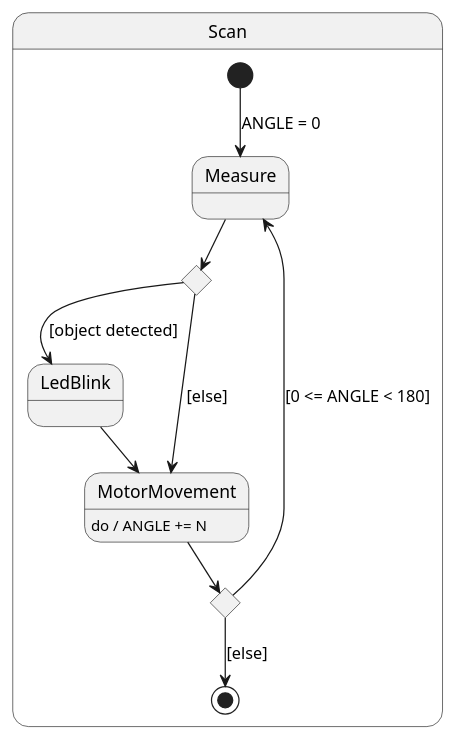
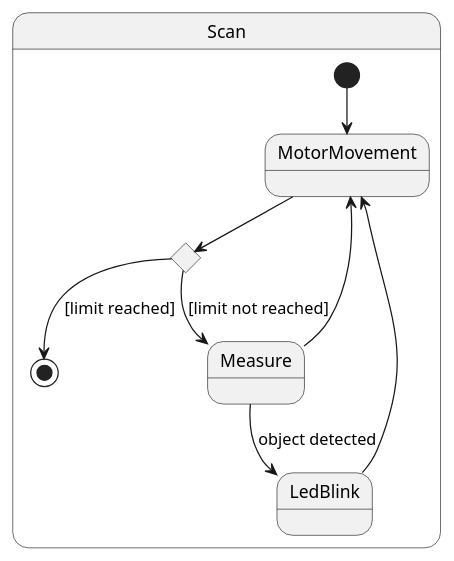
The diagram in docs/uml/states-scan.puml (mattiamari/unibo-smartradar), drawn with PlantUML before and after one commit. The commit also changed 9 other files, not shown here.

```diff
--- a/docs/uml/states-scan.puml
+++ b/docs/uml/states-scan.puml
@@ -1,23 +1,18 @@
 @startuml scanner
 
 state Scan {
-    [*] --> Measure : ANGLE = 0
+    [*] --> MotorMovement
+    
+    state CurrentAngle <<choice>>
+    MotorMovement --> CurrentAngle
 
-    state ObjectDetected <<choice>>
-    state CurrentAngle <<choice>>
+    CurrentAngle --> Measure : [limit not reached]
+    CurrentAngle --> [*] : [limit reached]
 
-    Measure --> ObjectDetected
+    Measure --> LedBlink : object detected
+    Measure --> MotorMovement
 
-    ObjectDetected --> LedBlink : [object detected]
     LedBlink --> MotorMovement
-
-    ObjectDetected --> MotorMovement : [else]
-
-    MotorMovement --> CurrentAngle
-    CurrentAngle --> Measure : [0 <= ANGLE < 180]
-    CurrentAngle --> [*] : [else]
-
-    MotorMovement: do / ANGLE += N
 }
 
 @enduml
```
